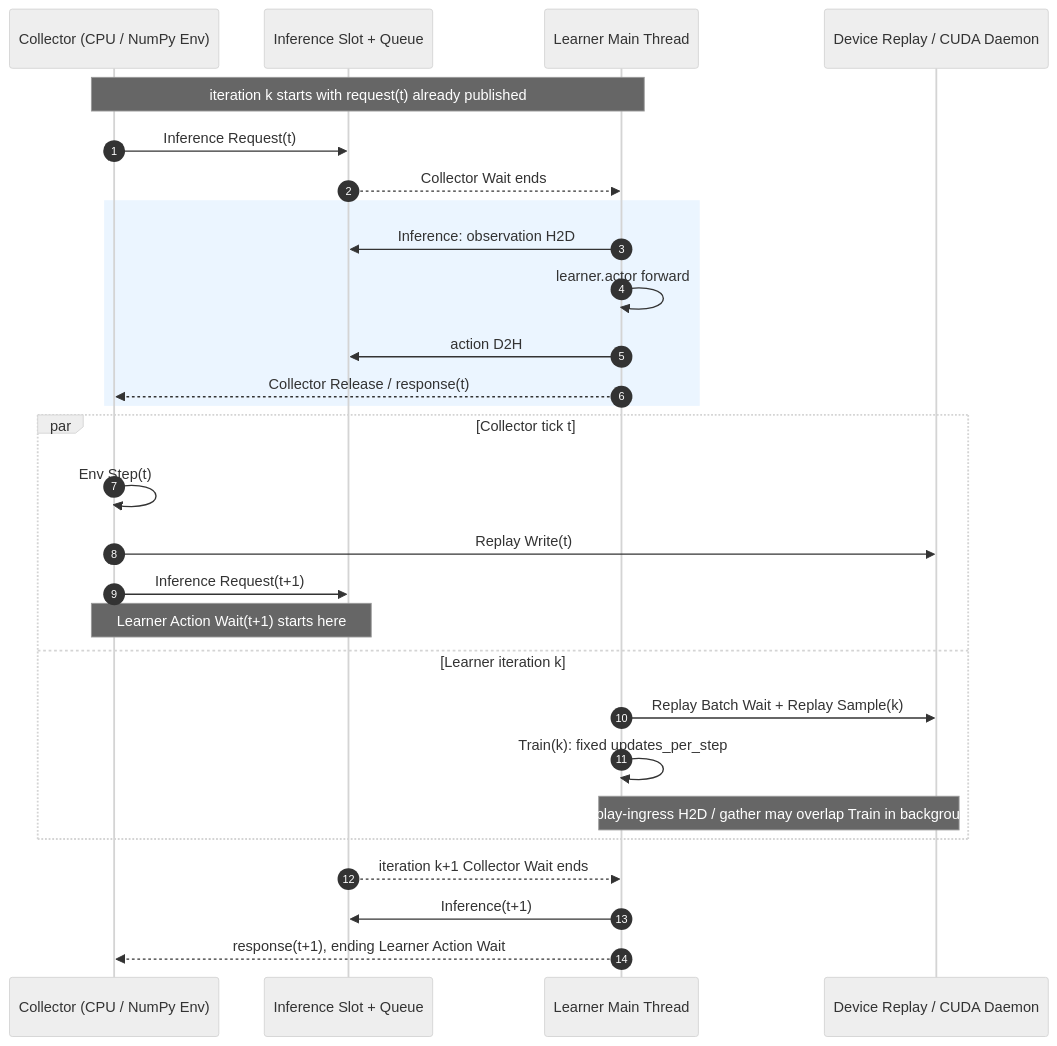
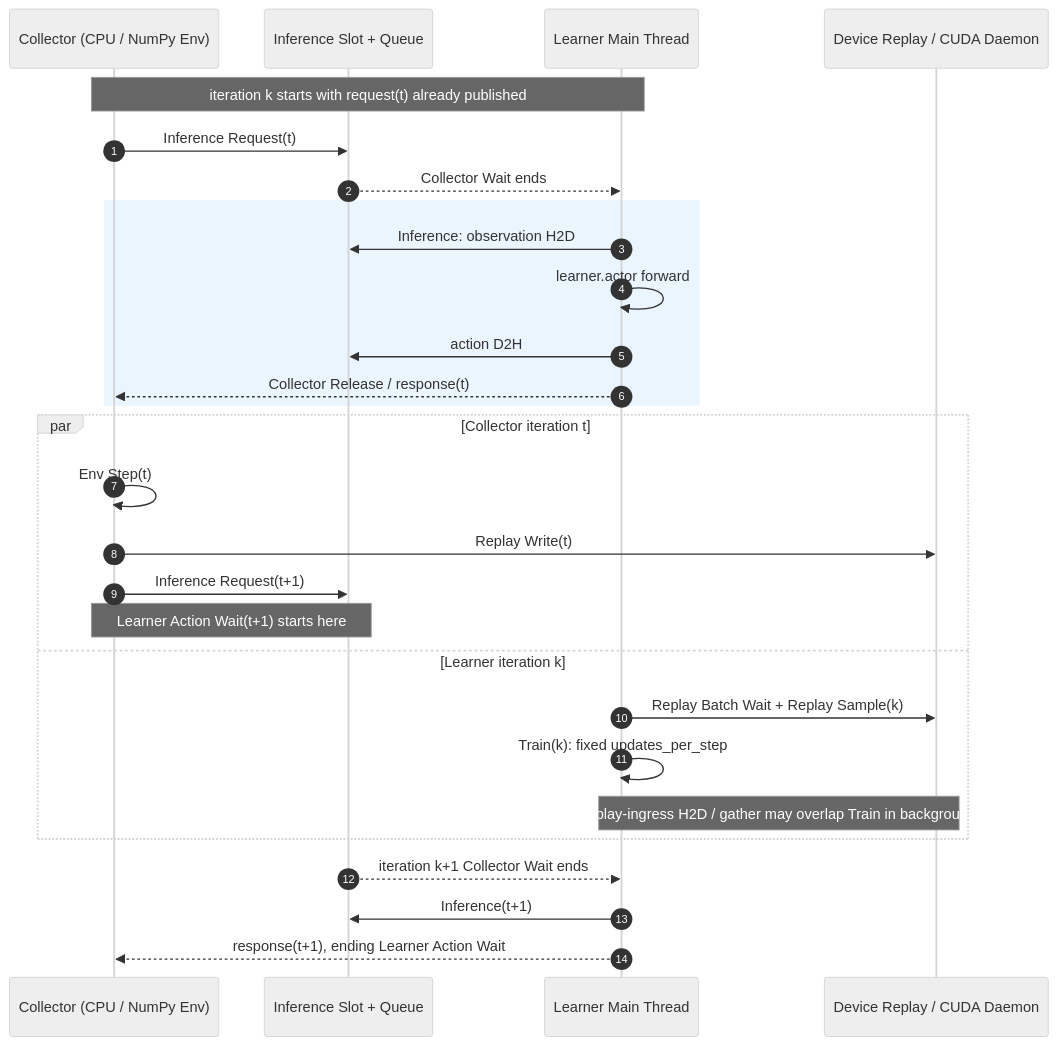
The first of 2 diagrams in docs/sphinx/source/en/2-user_guide/1-training/3-logging.md (EtherealTide/UniLab), drawn with Mermaid (neutral theme) before and after one commit. The commit also changed 37 other files, not shown here.

First line of the commit message:
refactor(runtime)!: remove collector graph contracts

````diff
--- a/docs/sphinx/source/en/2-user_guide/1-training/3-logging.md
+++ b/docs/sphinx/source/en/2-user_guide/1-training/3-logging.md
@@ -304,33 +304,33 @@
 ```{mermaid}
 sequenceDiagram
     autonumber
     participant C as Collector (CPU / NumPy Env)
     participant I as Inference Slot + Queue
     participant L as Learner Main Thread
     participant D as Device Replay / CUDA Daemon
 
     Note over C,L: iteration k starts with request(t) already published
     C->>I: Inference Request(t)
     I-->>L: Collector Wait ends
     rect rgb(235, 245, 255)
         L->>I: Inference: observation H2D
         L->>L: learner.actor forward
         L->>I: action D2H
         L-->>C: Collector Release / response(t)
     end
 
-    par Collector tick t
+    par Collector iteration t
         C->>C: Env Step(t)
         C->>D: Replay Write(t)
         C->>I: Inference Request(t+1)
         Note over C,I: Learner Action Wait(t+1) starts here
     and Learner iteration k
         L->>D: Replay Batch Wait + Replay Sample(k)
         L->>L: Train(k): fixed updates_per_step
         Note over D,L: replay-ingress H2D / gather may overlap Train in background
     end
 
     I-->>L: iteration k+1 Collector Wait ends
     L->>I: Inference(t+1)
     L-->>C: response(t+1), ending Learner Action Wait
 ```
````
